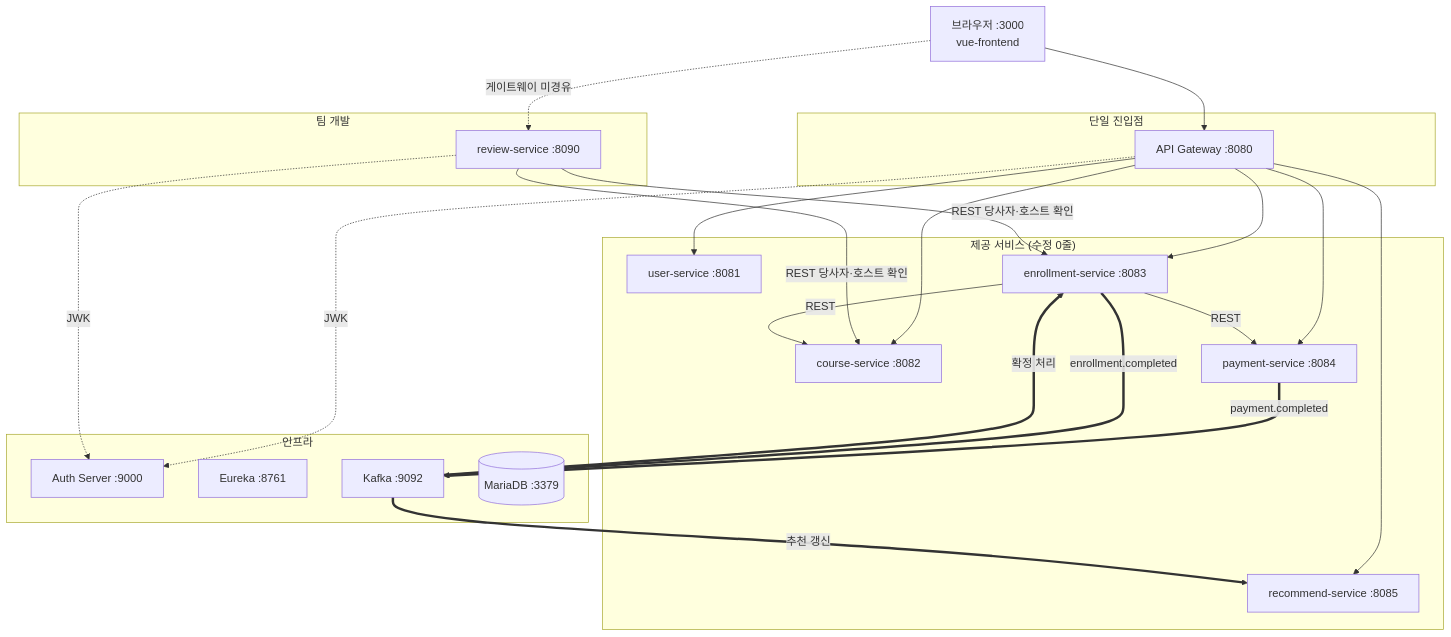
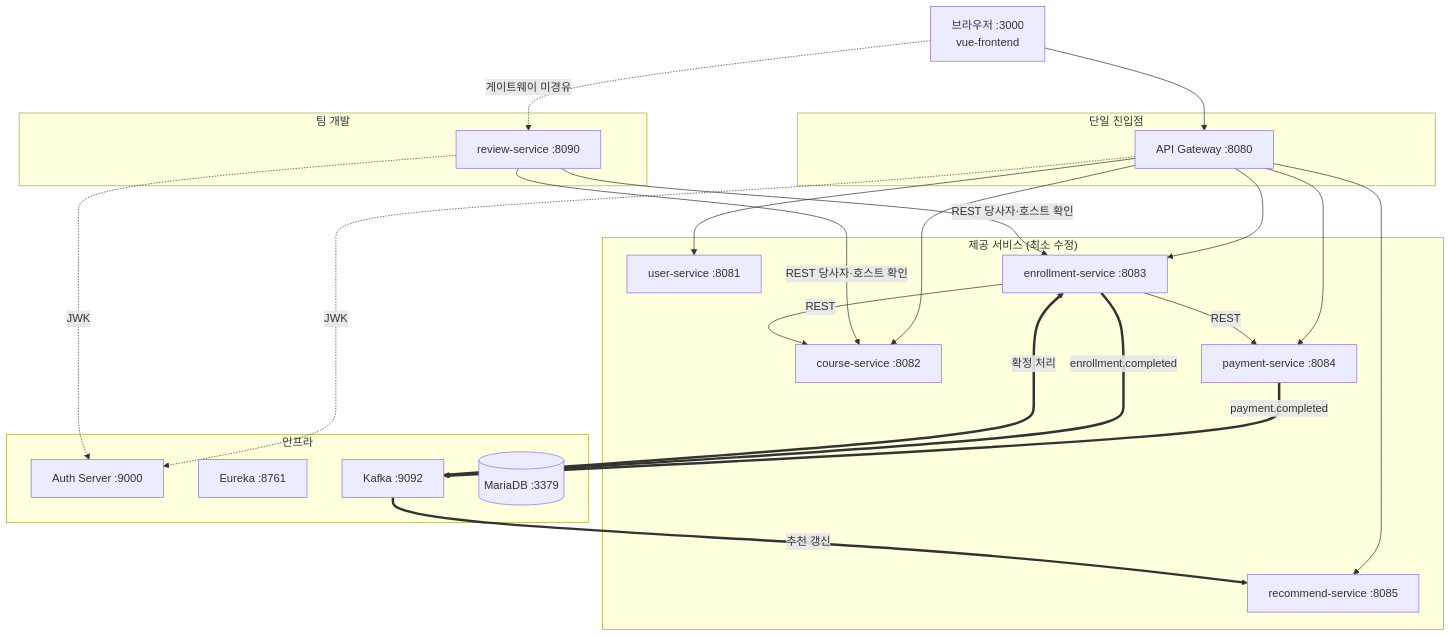
Before and after one commit to dokwon33/PoCket: the first of 4 diagrams in readme.md, drawn with Mermaid. The commit also changed other lines of this file and 2 other files, not shown here.

````diff
--- a/readme.md
+++ b/readme.md
@@ -236,39 +238,39 @@
 ```mermaid
 graph TB
     B["브라우저 :3000<br/>vue-frontend"]
 
     subgraph GW["단일 진입점"]
         G["API Gateway :8080"]
     end
 
-    subgraph CORE["제공 서비스 (수정 0줄)"]
+    subgraph CORE["제공 서비스 (최소 수정)"]
         U["user-service :8081"]
         C["course-service :8082"]
         E["enrollment-service :8083"]
         P["payment-service :8084"]
         R["recommend-service :8085"]
     end
 
     subgraph TEAM["팀 개발"]
         V["review-service :8090"]
     end
 
     subgraph INFRA["인프라"]
         A["Auth Server :9000"]
         EU["Eureka :8761"]
         K["Kafka :9092"]
         DB[("MariaDB :3379")]
     end
 
     B --> G
     B -. "게이트웨이 미경유" .-> V
     G --> U & C & E & P & R
     G -. "JWK" .-> A
     V -. "JWK" .-> A
     V -- "REST 당사자·호스트 확인" --> E & C
     E -- REST --> C & P
     P == "payment.completed" ==> K
     K == "확정 처리" ==> E
     E == "enrollment.completed" ==> K
     K == "추천 갱신" ==> R
 ```
````
